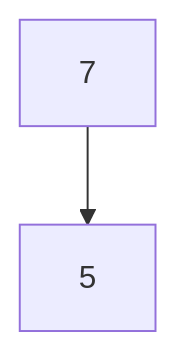
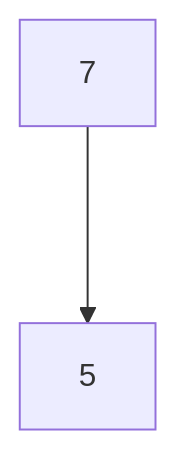
The second of 2 diagrams in proje3.md (emrekabakci/Binary-search-tree-patika), drawn with Mermaid before and after one commit.

````diff
--- a/proje3.md
+++ b/proje3.md
@@ -21,4 +21,4 @@
 ```mermaid
 graph TD;
-    7-->5;  
+    7--->5;  
 ```
````
